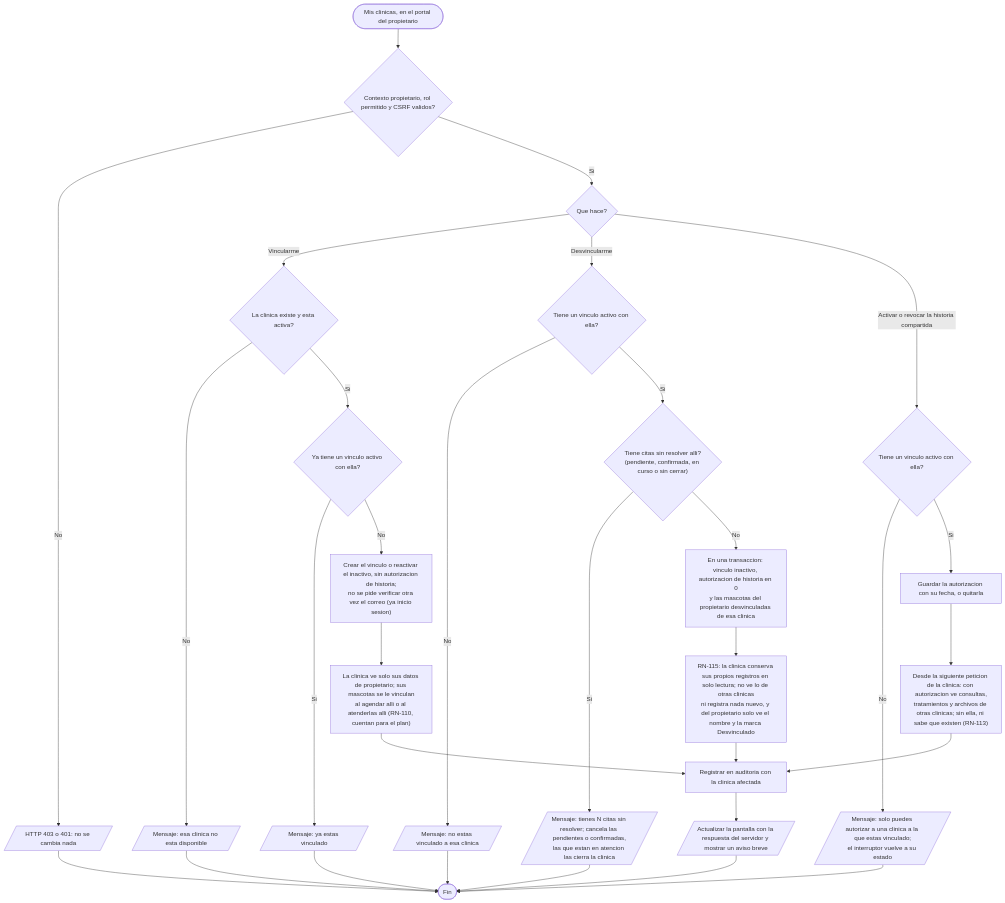
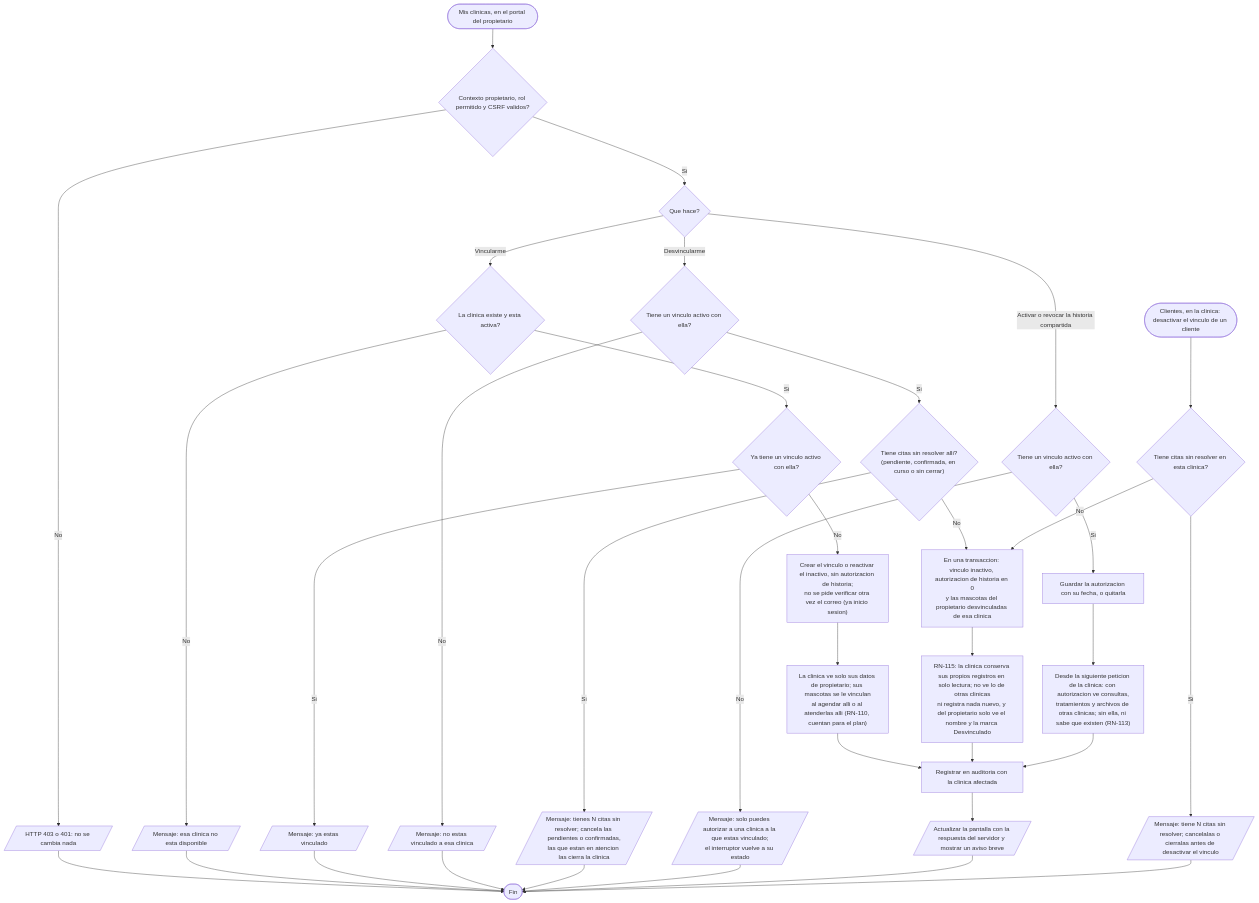
One commit to carvajal7lsch-commits/Zooki changed diagram 14 of 25 in documentacion/Modelos.md. Above: the diagram before and after it, drawn with Mermaid. The commit also changed other lines of this file and 2 other files, not shown here.

Commit message:
docs(m5): diagrama 11.1 con la desactivacion desde Clientes, 12.3 y anexo C1.1

````diff
--- a/documentacion/Modelos.md
+++ b/documentacion/Modelos.md
@@ -618,37 +618,42 @@
 ```mermaid
 flowchart TD
   A(["Mis clinicas, en el portal del propietario"]) --> S{"Contexto propietario, rol permitido y CSRF validos?"}
   S -- No --> S1[/"HTTP 403 o 401: no se cambia nada"/]
   S1 --> ZF([Fin])
   S -- Si --> Q{Que hace?}
 
   Q -- Vincularme --> V1{"La clinica existe y esta activa?"}
   V1 -- No --> V1N[/"Mensaje: esa clinica no esta disponible"/]
   V1N --> ZF
   V1 -- Si --> V2{"Ya tiene un vinculo activo con ella?"}
   V2 -- Si --> V2N[/"Mensaje: ya estas vinculado"/]
   V2N --> ZF
   V2 -- No --> V3["Crear el vinculo o reactivar el inactivo, sin autorizacion de historia;<br/>no se pide verificar otra vez el correo (ya inicio sesion)"]
   V3 --> V4["La clinica ve solo sus datos de propietario; sus mascotas se le vinculan<br/>al agendar alli o al atenderlas alli (RN-110, cuentan para el plan)"]
   V4 --> AUD["Registrar en auditoria con la clinica afectada"]
 
   Q -- Desvincularme --> D1{"Tiene un vinculo activo con ella?"}
   D1 -- No --> D1N[/"Mensaje: no estas vinculado a esa clinica"/]
   D1N --> ZF
   D1 -- Si --> D2{"Tiene citas sin resolver alli?<br/>(pendiente, confirmada, en curso o sin cerrar)"}
   D2 -- Si --> D2N[/"Mensaje: tienes N citas sin resolver; cancela las pendientes o confirmadas,<br/>las que estan en atencion las cierra la clinica"/]
   D2N --> ZF
   D2 -- No --> D3["En una transaccion: vinculo inactivo, autorizacion de historia en 0<br/>y las mascotas del propietario desvinculadas de esa clinica"]
+
+  C0(["Clientes, en la clinica: desactivar el vinculo de un cliente"]) --> CC{"Tiene citas sin resolver en esta clinica?"}
+  CC -- Si --> CCN[/"Mensaje: tiene N citas sin resolver; cancelalas o cierralas antes de desactivar el vinculo"/]
+  CC -- No --> D3
   D3 --> D4["RN-115: la clinica conserva sus propios registros en solo lectura; no ve lo de otras clinicas<br/>ni registra nada nuevo, y del propietario solo ve el nombre y la marca Desvinculado"]
   D4 --> AUD
 
   Q -- "Activar o revocar la historia compartida" --> H1{"Tiene un vinculo activo con ella?"}
   H1 -- No --> H1N[/"Mensaje: solo puedes autorizar a una clinica a la que estas vinculado;<br/>el interruptor vuelve a su estado"/]
   H1N --> ZF
   H1 -- Si --> H2["Guardar la autorizacion con su fecha, o quitarla"]
   H2 --> H3["Desde la siguiente peticion de la clinica: con autorizacion ve consultas,<br/>tratamientos y archivos de otras clinicas; sin ella, ni sabe que existen (RN-113)"]
   H3 --> AUD
 
   AUD --> UI[/"Actualizar la pantalla con la respuesta del servidor y mostrar un aviso breve"/]
   UI --> ZF
+  CCN --> ZF
 ```
````
